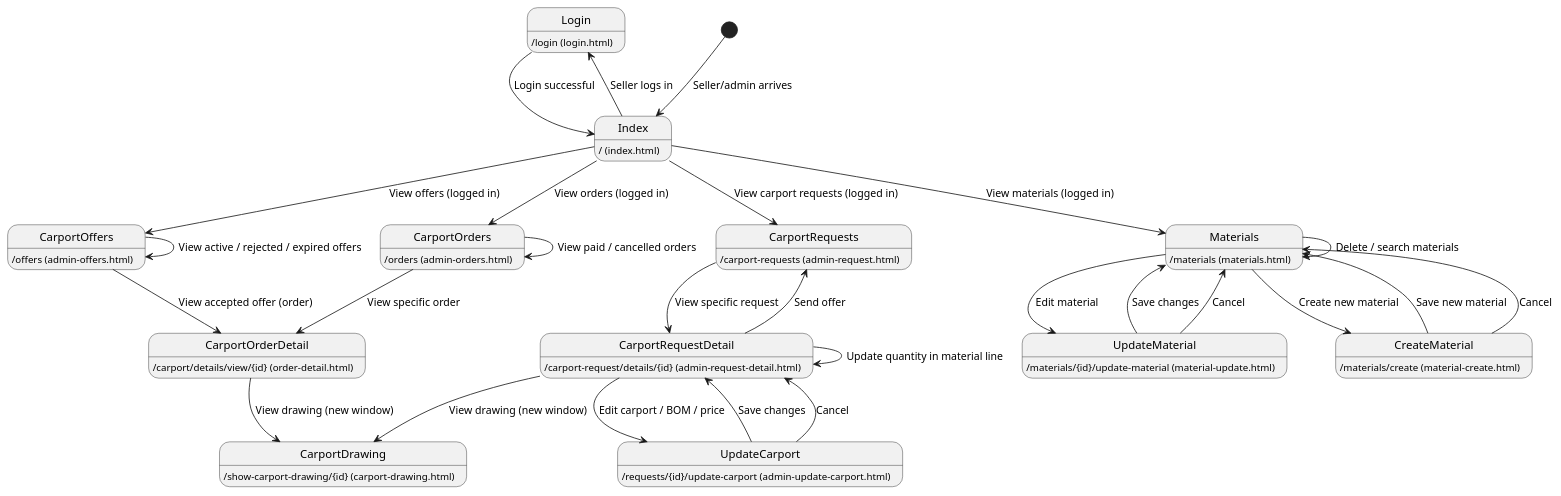
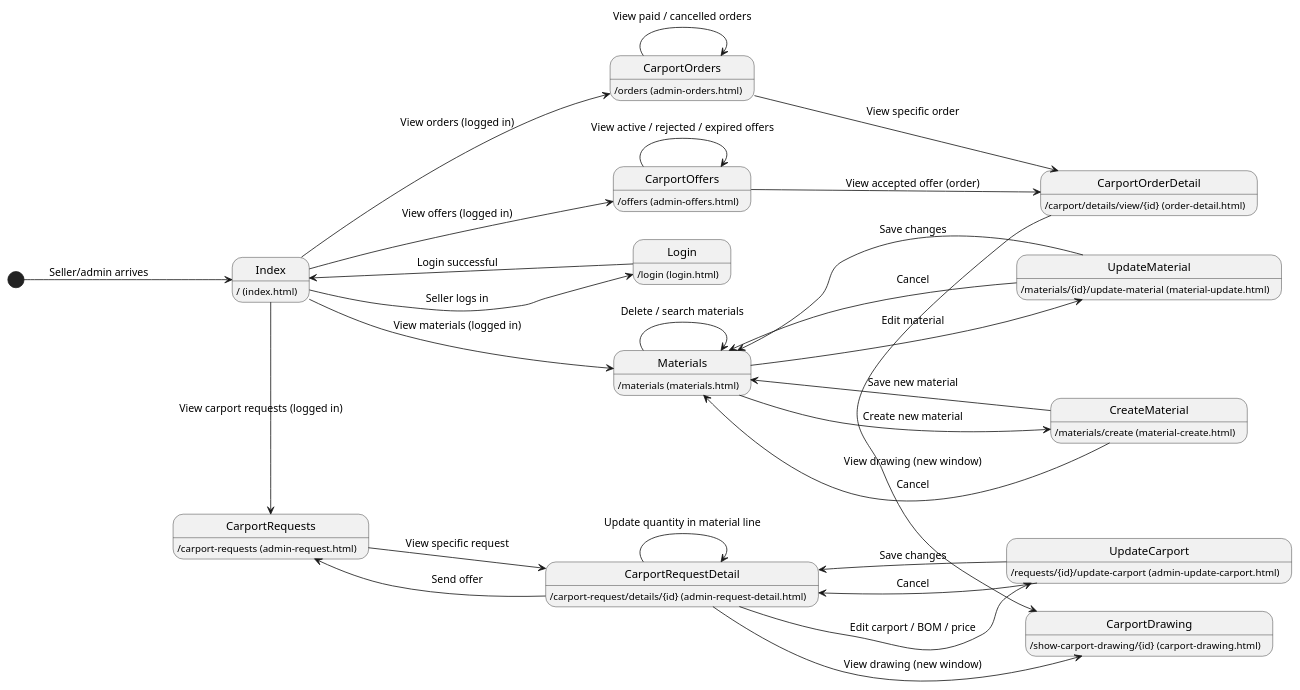
Before and after one commit to DHangaard/fog-carport: the diagram in docs/models/admin-state-machine-diagram.puml, drawn with PlantUML.

Commit message:
Refactored admin-state-machine-diagram.puml - now more compact

```diff
--- a/docs/models/admin-state-machine-diagram.puml
+++ b/docs/models/admin-state-machine-diagram.puml
@@ -1,48 +1,50 @@
 @startuml
+
+left to right direction
 
 Login : /login (login.html)
 Index : / (index.html)
 CarportOffers: /offers (admin-offers.html)
 CarportOrders: /orders (admin-orders.html)
 CarportRequests : /carport-requests (admin-request.html)
 CarportRequestDetail : /carport-request/details/{id} (admin-request-detail.html)
 UpdateCarport : /requests/{id}/update-carport (admin-update-carport.html)
 CarportOrderDetail : /carport/details/view/{id} (order-detail.html)
 CarportDrawing : /show-carport-drawing/{id} (carport-drawing.html)
 Materials : /materials (materials.html)
 UpdateMaterial : /materials/{id}/update-material (material-update.html)
 CreateMaterial : /materials/create (material-create.html)
 
 [*] --> Index : Seller/admin arrives
 
 Index --> Login : Seller logs in
 Login --> Index : Login successful
-Index --> CarportRequests : View carport requests (logged in)
+Index -> CarportRequests : View carport requests (logged in)
 Index --> CarportOffers : View offers (logged in)
 Index --> CarportOrders : View orders (logged in)
 Index --> Materials : View materials (logged in)
 
 CarportRequests --> CarportRequestDetail : View specific request
 CarportRequestDetail --> UpdateCarport : Edit carport / BOM / price
 UpdateCarport --> CarportRequestDetail : Save changes
 UpdateCarport --> CarportRequestDetail : Cancel
 CarportRequestDetail --> CarportDrawing : View drawing (new window)
 CarportRequestDetail --> CarportRequests : Send offer
 CarportRequestDetail --> CarportRequestDetail : Update quantity in material line
 
 CarportOffers --> CarportOrderDetail : View accepted offer (order)
 CarportOffers --> CarportOffers : View active / rejected / expired offers
 
 CarportOrders --> CarportOrderDetail : View specific order
-CarportOrderDetail --> CarportDrawing : View drawing (new window)
+CarportOrderDetail -> CarportDrawing : View drawing (new window)
 CarportOrders --> CarportOrders : View paid / cancelled orders
 
 Materials --> UpdateMaterial : Edit material
 UpdateMaterial --> Materials : Save changes
 UpdateMaterial --> Materials : Cancel
 Materials --> CreateMaterial : Create new material
 CreateMaterial --> Materials : Save new material
 CreateMaterial --> Materials : Cancel
 Materials --> Materials : Delete / search materials
 
 @enduml
```
